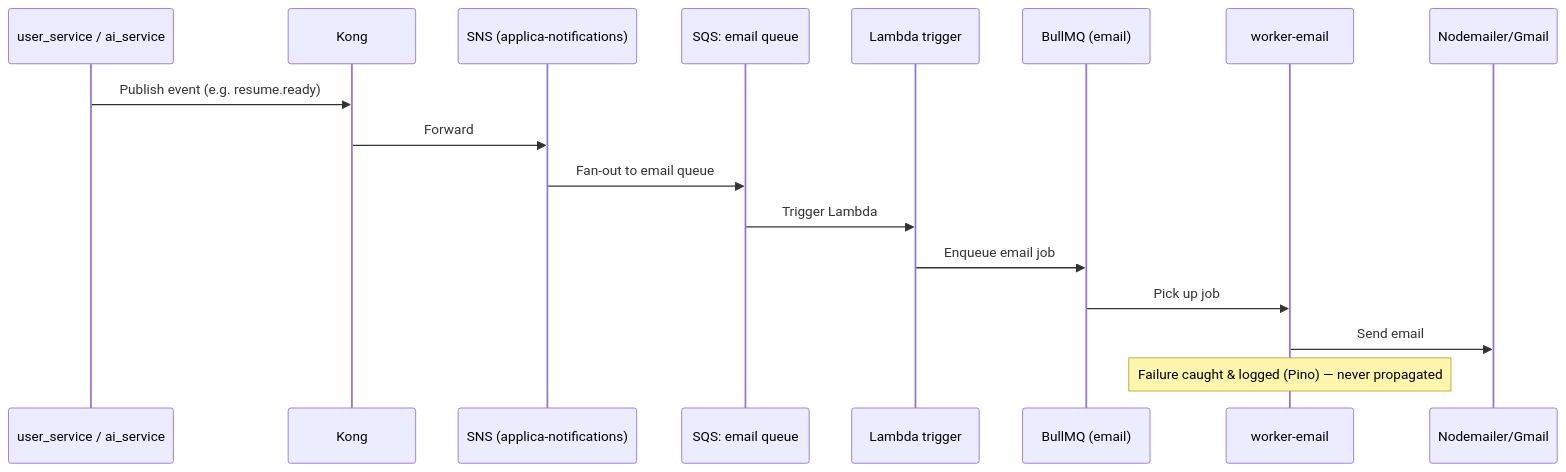
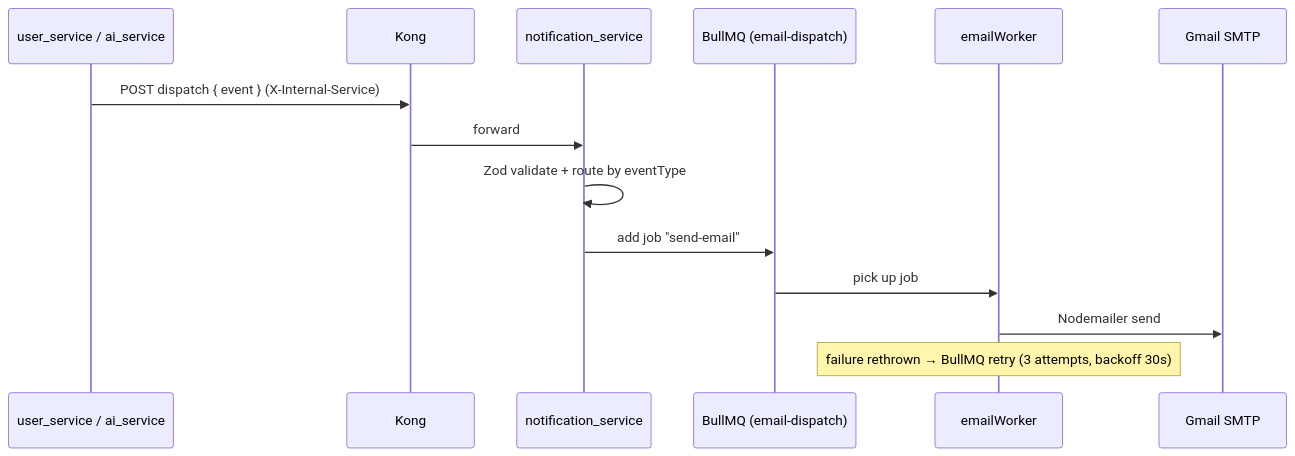
Before and after one commit to fazilchengapra/applica: the first of 3 diagrams in docs/services/notification-service/README.md, drawn with Mermaid. The commit also changed other lines of this file and 31 other files, not shown here.

````diff
--- a/docs/services/notification-service/README.md
+++ b/docs/services/notification-service/README.md
@@ -61,20 +40,17 @@
 ```mermaid
 sequenceDiagram
-    participant U as user_service / ai_service
+    participant P as user_service / ai_service
     participant K as Kong
-    participant SNS as SNS (applica-notifications)
-    participant SQS as SQS: email queue
-    participant L as Lambda trigger
-    participant BQ as BullMQ (email)
-    participant W as worker-email
-    participant M as Nodemailer/Gmail
+    participant N as notification_service
+    participant Q as BullMQ (email-dispatch)
+    participant W as emailWorker
+    participant G as Gmail SMTP
 
-    U->>K: Publish event (e.g. resume.ready)
-    K->>SNS: Forward
-    SNS->>SQS: Fan-out to email queue
-    SQS->>L: Trigger Lambda
-    L->>BQ: Enqueue email job
-    BQ->>W: Pick up job
-    W->>M: Send email
-    Note over W: Failure caught & logged (Pino) — never propagated
+    P->>K: POST dispatch { event } (X-Internal-Service)
+    K->>N: forward
+    N->>N: Zod validate + route by eventType
+    N->>Q: add job "send-email"
+    Q->>W: pick up job
+    W->>G: Nodemailer send
+    Note over W: failure rethrown → BullMQ retry (3 attempts, backoff 30s)
 ```
````
